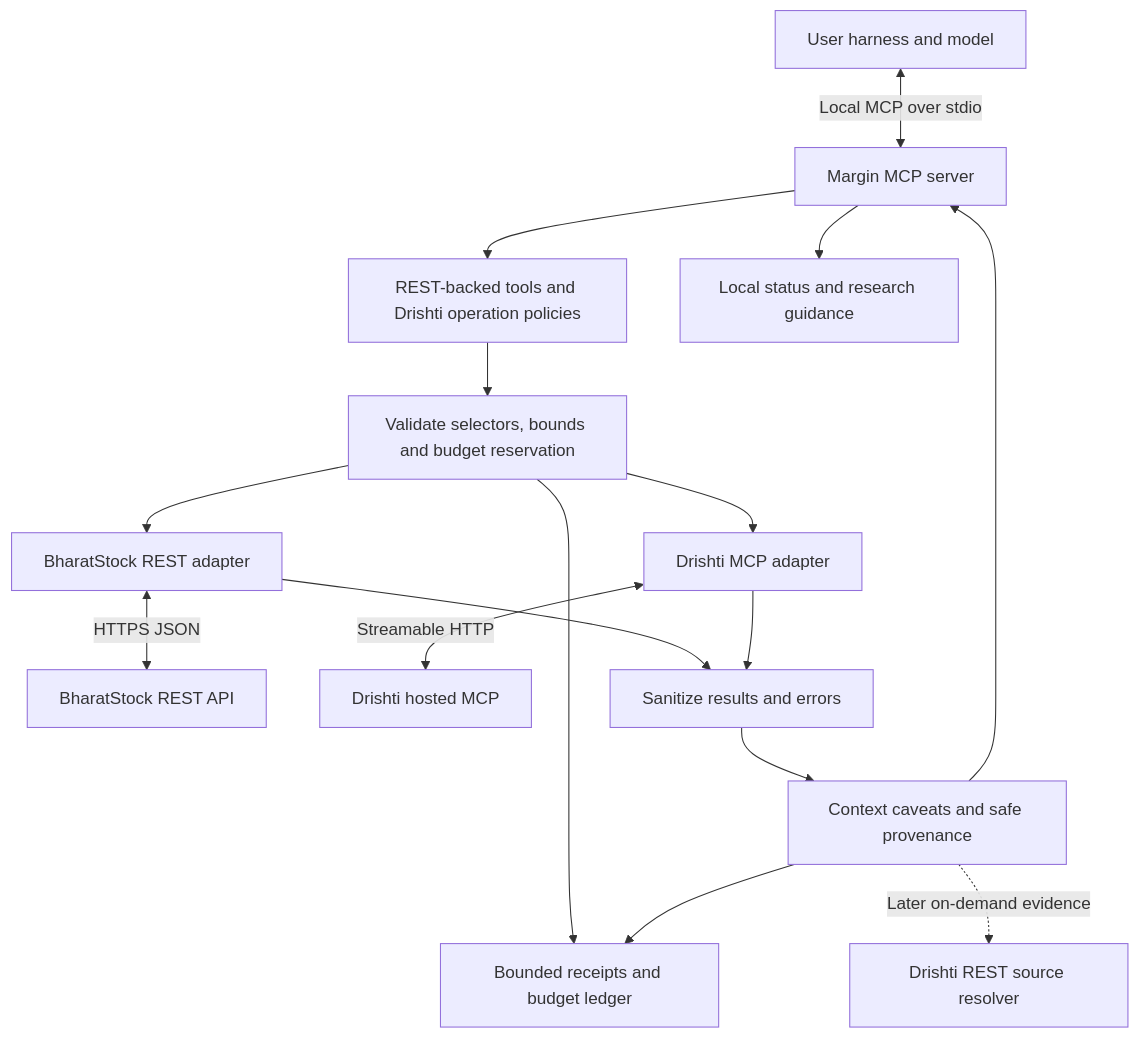
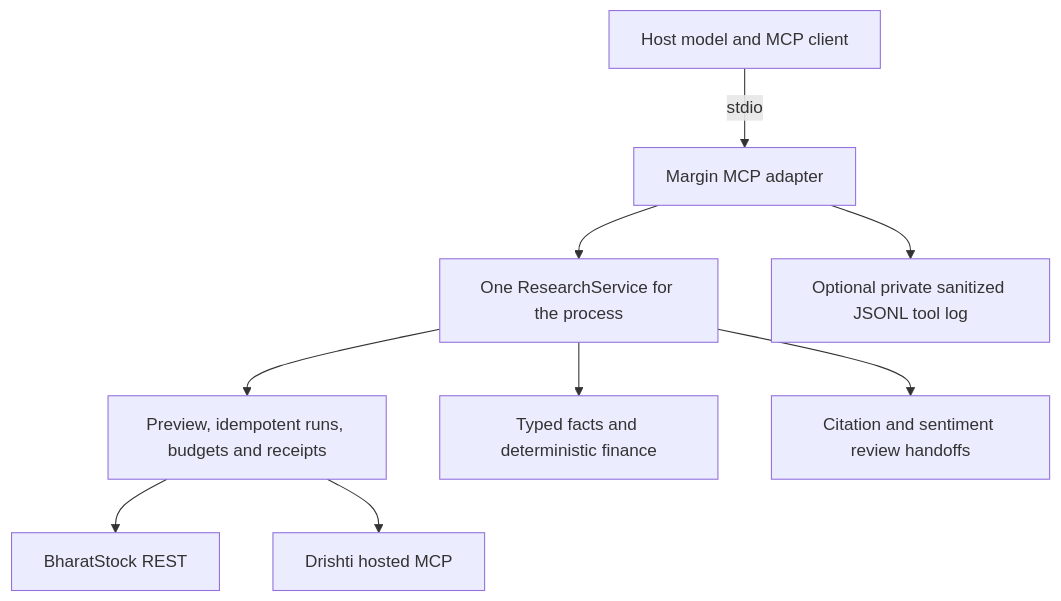
One commit to rishitttt/margin-mcp changed the diagram in docs/design/mcp-aggregation.md. Above: the diagram before and after it, drawn with Mermaid. The commit also changed other lines of this file and 3 other files, not shown here.

Commit message:
Plan stdio MCP adapter over validated core

````diff
--- a/docs/design/mcp-aggregation.md
+++ b/docs/design/mcp-aggregation.md
@@ -49,18 +17,11 @@
 ```mermaid
 flowchart TD
-    H[User harness and model] <-->|Local MCP over stdio| S[Margin MCP server]
-    S --> R[REST-backed tools and Drishti operation policies]
-    R --> A[Validate selectors, bounds and budget reservation]
-    A --> B[BharatStock REST adapter]
-    A --> D[Drishti MCP adapter]
-    B <-->|HTTPS JSON| BM[BharatStock REST API]
-    D <-->|Streamable HTTP| DM[Drishti hosted MCP]
-    B --> X[Sanitize results and errors]
-    D --> X
-    X --> C[Context caveats and safe provenance]
-    C --> S
-    A --> L[Bounded receipts and budget ledger]
-    C --> L
-    S --> G[Local status and research guidance]
-    C -. Later on-demand evidence .-> E[Drishti REST source resolver]
+    H[Host model and MCP client] -->|stdio| M[Margin MCP adapter]
+    M --> C[One ResearchService for the process]
+    C --> P[Preview, idempotent runs, budgets and receipts]
+    P --> B[BharatStock REST]
+    P --> D[Drishti hosted MCP]
+    C --> F[Typed facts and deterministic finance]
+    C --> R[Citation and sentiment review handoffs]
+    M --> L[Optional private sanitized JSONL tool log]
 ```
````
